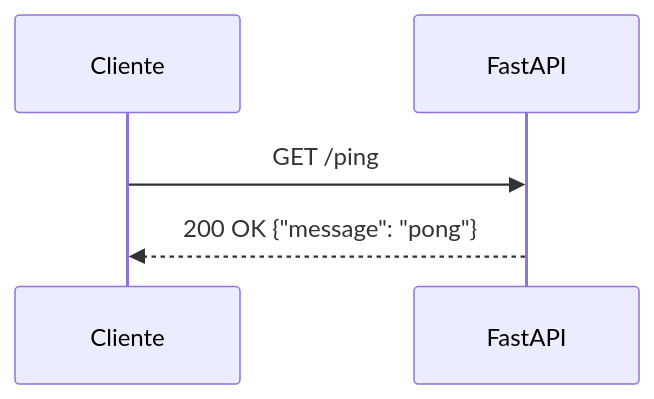
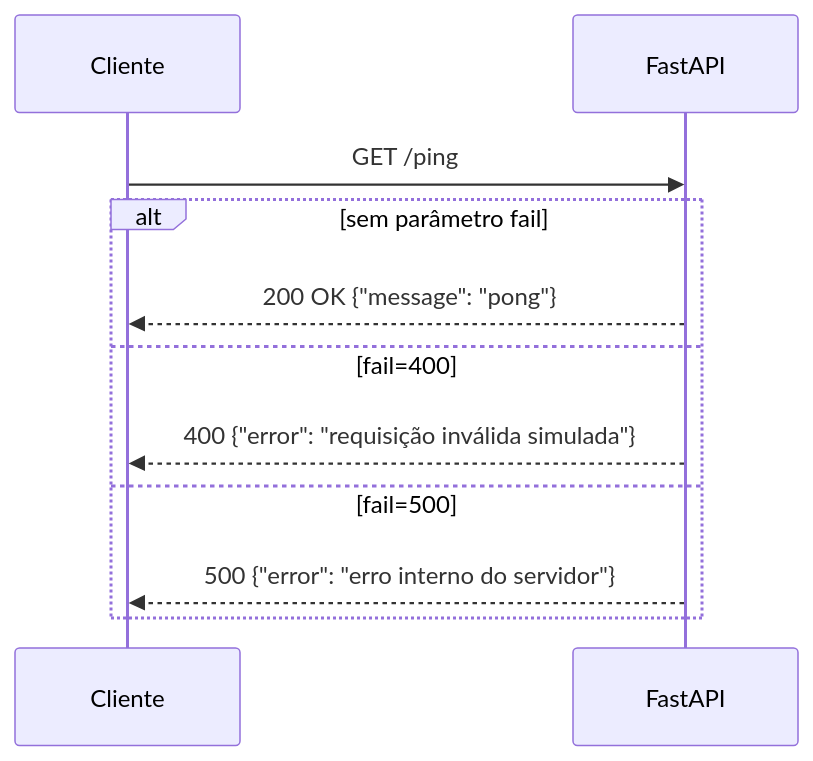
The first of 2 diagrams in docs/diagrams/ping-flow.md (francesquini88/edp-case-default), drawn with Mermaid before and after one commit. The commit also changed other lines of this file, not shown here.

Commit message:
Update ping diagram with error flows

````diff
--- a/docs/diagrams/ping-flow.md
+++ b/docs/diagrams/ping-flow.md
@@ -3,8 +3,14 @@
 ```mermaid
 sequenceDiagram
     participant C as Cliente
     participant A as FastAPI
 
     C->>A: GET /ping
-    A-->>C: 200 OK {"message": "pong"}
+    alt sem parâmetro fail
+        A-->>C: 200 OK {"message": "pong"}
+    else fail=400
+        A-->>C: 400 {"error": "requisição inválida simulada"}
+    else fail=500
+        A-->>C: 500 {"error": "erro interno do servidor"}
+    end
 ```
````
